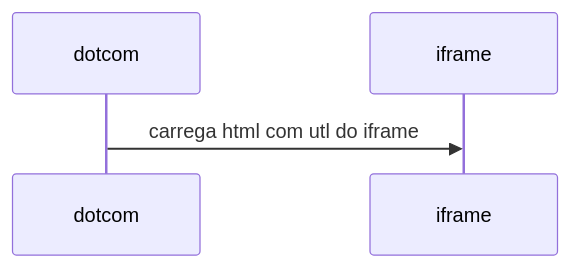
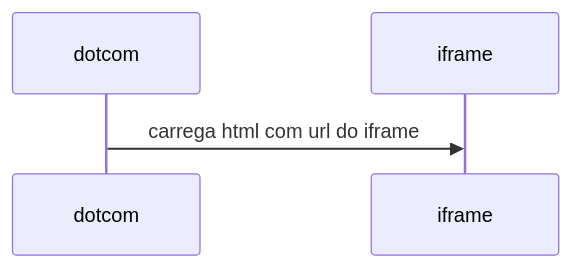
The second of 3 diagrams in README_pt-BR.md (luong-komorebi/Markdown-Tutorial), drawn with Mermaid before and after one commit.

Commit message:
Correct line 145
changing mermaid code in  line 145 "utl" to "url"

````diff
--- a/README_pt-BR.md
+++ b/README_pt-BR.md
@@ -141,6 +141,6 @@
    ```mermaid
    sequenceDiagram
        participant dotcom
        participant iframe
-       dotcom->>iframe: carrega html com utl do iframe
+       dotcom->>iframe: carrega html com url do iframe
    ```
````
